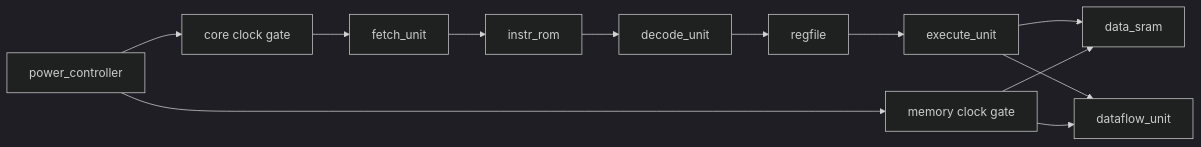
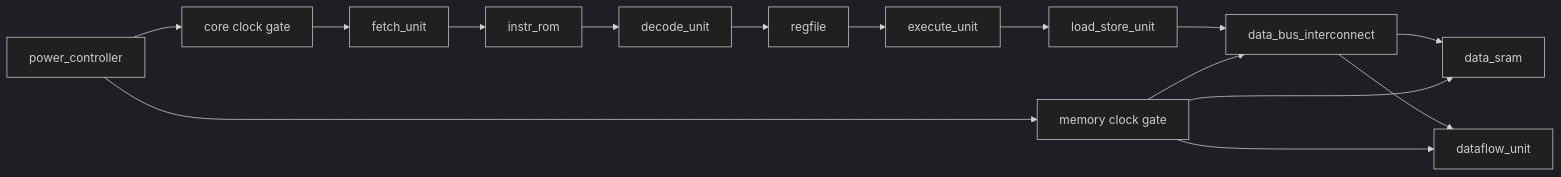
Before and after one commit to nagu-dhanwada/mobile-cpu-upf: the diagram in docs/mobile_cpu_visual_walkthrough.md, drawn with Mermaid (dark theme). The commit also changed other lines of this file and 22 other files, not shown here.

Commit message:
Add tiny load-store bus and interconnect

````diff
--- a/docs/mobile_cpu_visual_walkthrough.md
+++ b/docs/mobile_cpu_visual_walkthrough.md
@@ -18,25 +18,30 @@
 ```mermaid
 flowchart LR
     PC["power_controller"]
     CG0["core clock gate"]
     CG1["memory clock gate"]
     F["fetch_unit"]
     I["instr_rom"]
     D["decode_unit"]
     R["regfile"]
     X["execute_unit"]
+    LSU["load_store_unit"]
+    BUS["data_bus_interconnect"]
     M["data_sram"]
     DF["dataflow_unit"]
 
     PC --> CG0
     PC --> CG1
     CG0 --> F
     F --> I
     I --> D
     D --> R
     R --> X
-    X --> M
-    X --> DF
+    X --> LSU
+    LSU --> BUS
+    BUS --> M
+    BUS --> DF
+    CG1 --> BUS
     CG1 --> M
     CG1 --> DF
 ```
````
